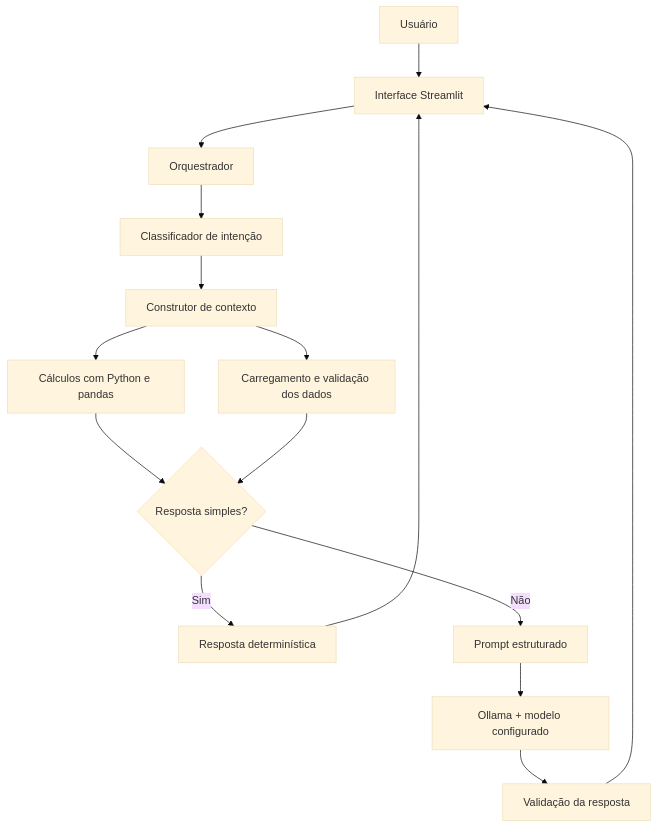
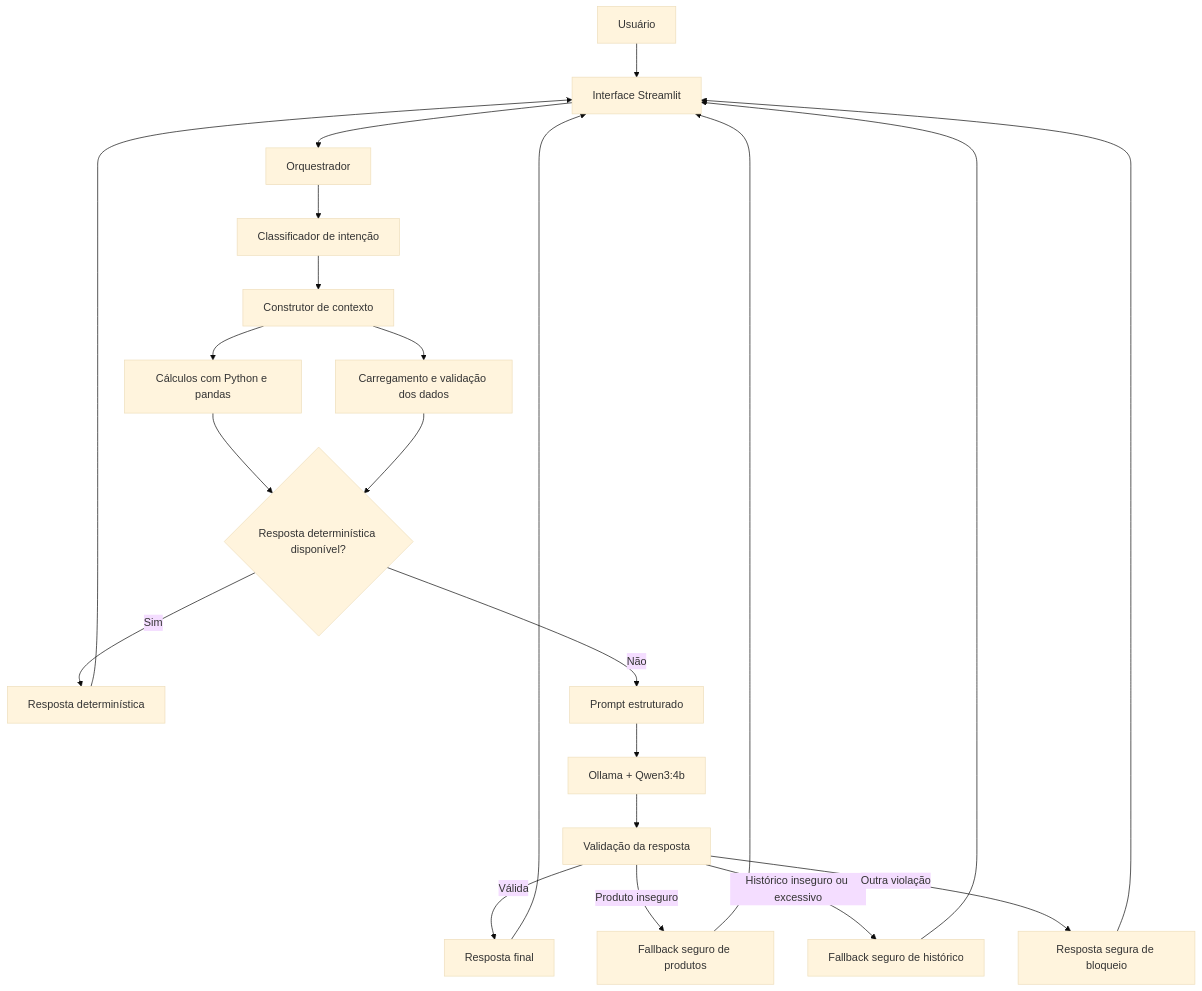
One commit to Breno3B/dio-lab-bia-do-futuro changed the diagram in README.md. Above: the diagram before and after it, drawn with Mermaid (base theme). The commit also changed other lines of this file, not shown here.

````diff
--- a/README.md
+++ b/README.md
@@ -78,17 +56,24 @@
 ```mermaid
 flowchart TD
     U[Usuário] --> S[Interface Streamlit]
     S --> O[Orquestrador]
     O --> I[Classificador de intenção]
     I --> C[Construtor de contexto]
     C --> D[Carregamento e validação dos dados]
     C --> A[Cálculos com Python e pandas]
-    A --> R{Resposta simples?}
+    A --> R{Resposta determinística disponível?}
     D --> R
     R -->|Sim| T[Resposta determinística]
     R -->|Não| P[Prompt estruturado]
-    P --> L[Ollama + modelo configurado]
+    P --> L[Ollama + Qwen3:4b]
     L --> V[Validação da resposta]
+    V -->|Válida| F[Resposta final]
+    V -->|Produto inseguro| FP[Fallback seguro de produtos]
+    V -->|Histórico inseguro ou excessivo| FH[Fallback seguro de histórico]
+    V -->|Outra violação| B[Resposta segura de bloqueio]
     T --> S
-    V --> S
+    F --> S
+    FP --> S
+    FH --> S
+    B --> S
 ```
````
